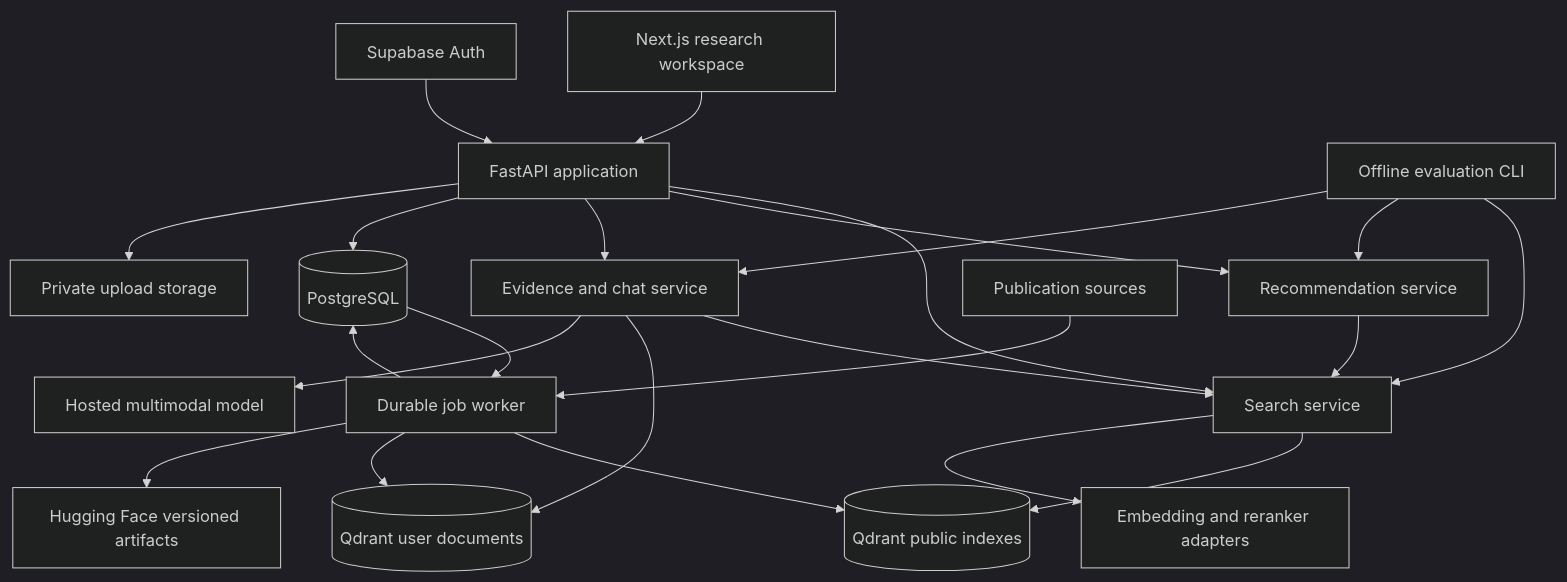
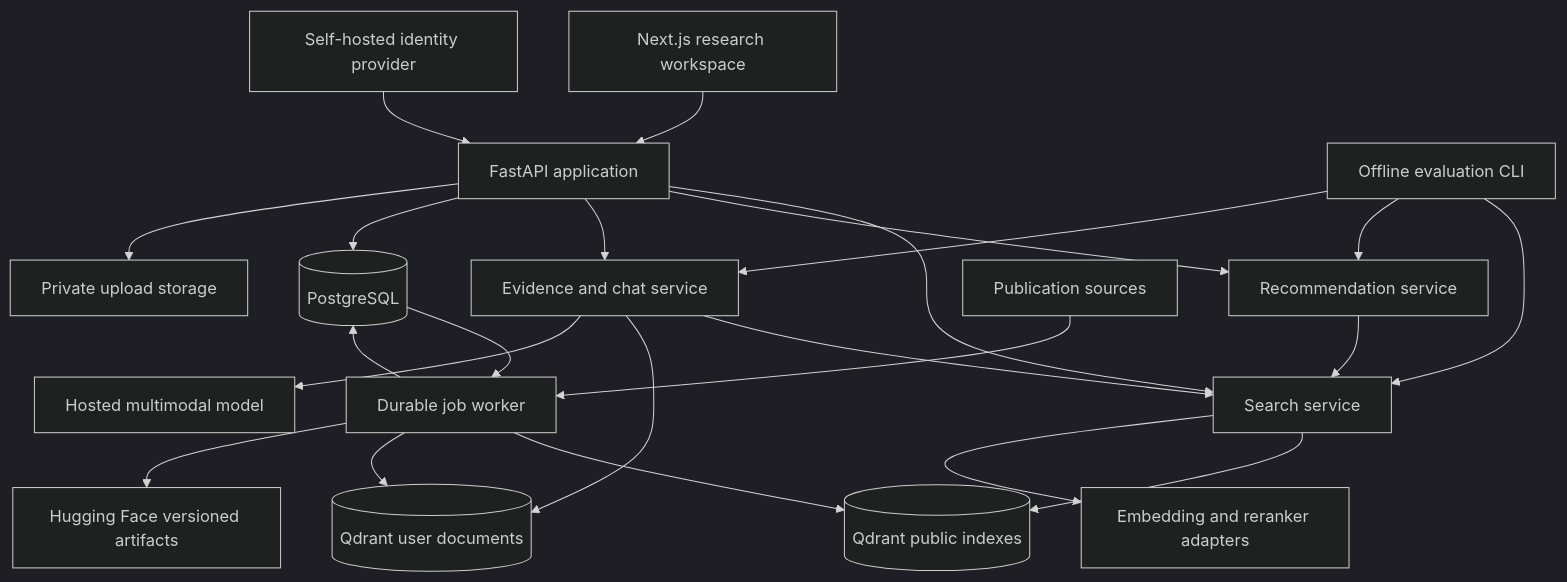
Before and after one commit to PhamHongPhuc2712/ML-Papers-RAG-bot: the diagram in docs/superpowers/specs/2026-09-05-ml-research-copilot-design.md, drawn with Mermaid (dark theme). The commit also changed other lines of this file and 6 other files, not shown here.

````diff
--- a/docs/superpowers/specs/2026-09-05-ml-research-copilot-design.md
+++ b/docs/superpowers/specs/2026-09-05-ml-research-copilot-design.md
@@ -50,25 +53,25 @@
 ```mermaid
 flowchart TD
   UI[Next.js research workspace] --> API[FastAPI application]
-  AUTH[Supabase Auth] --> API
+  AUTH[Self-hosted identity provider] --> API
   API --> SEARCH[Search service]
   API --> REC[Recommendation service]
   API --> RAG[Evidence and chat service]
   API --> PG[(PostgreSQL)]
   SEARCH --> Q[(Qdrant public indexes)]
   REC --> SEARCH
   RAG --> SEARCH
   RAG --> PRIVATE[(Qdrant user documents)]
   SEARCH --> MODELS[Embedding and reranker adapters]
   RAG --> LLM[Hosted multimodal model]
   API --> FILES[Private upload storage]
   PG --> WORKER[Durable job worker]
   SOURCES[Publication sources] --> WORKER
   WORKER --> PG
   WORKER --> Q
   WORKER --> PRIVATE
   WORKER --> HF[Hugging Face versioned artifacts]
   EVAL[Offline evaluation CLI] --> SEARCH
   EVAL --> REC
   EVAL --> RAG
 ```
````
